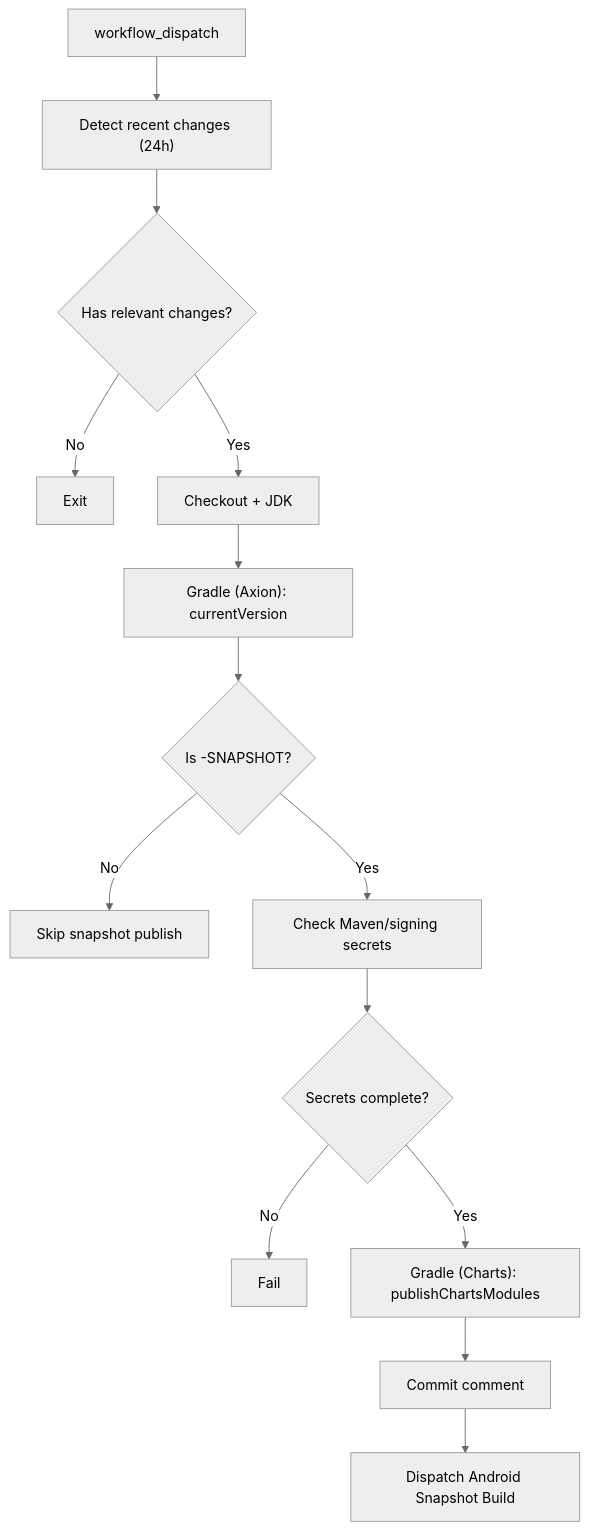
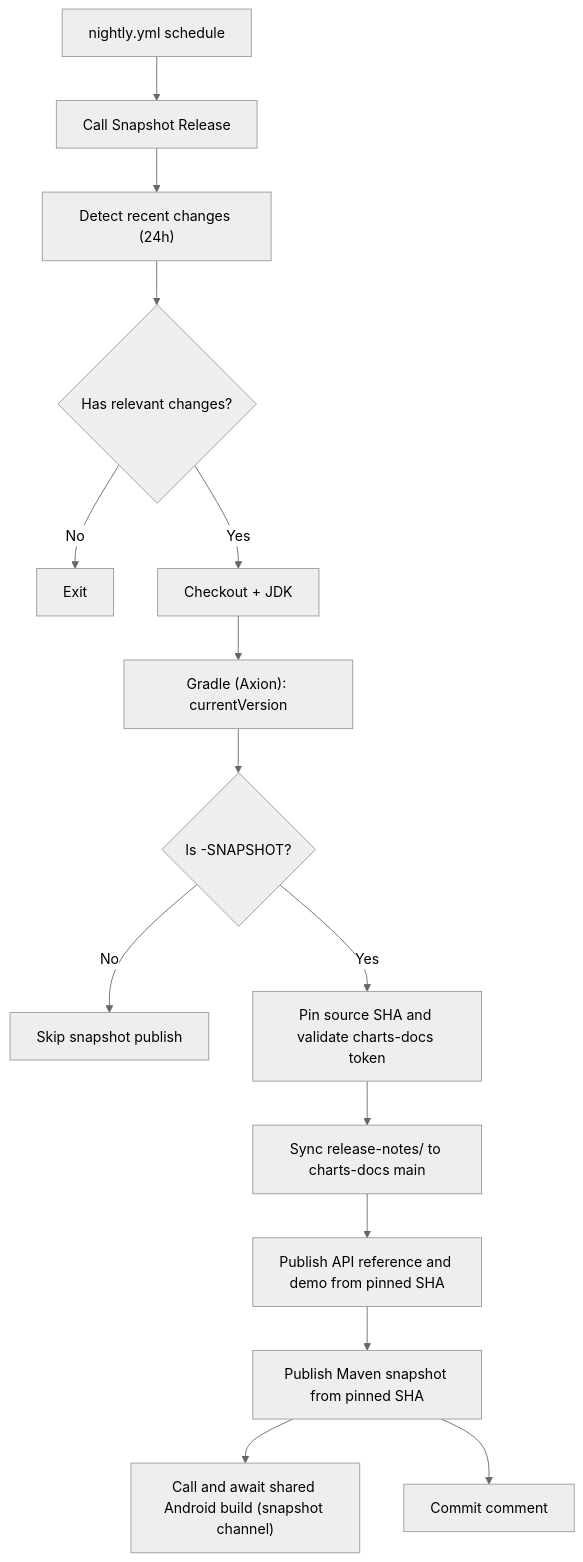
One commit to HDCharts/charts changed the diagram in docs/release/charts-snapshot.md. Above: the diagram before and after it, drawn with Mermaid (neutral theme). The commit also changed other lines of this file and 41 other files, not shown here.

Commit message:
chore: update charts release automation (#471)

````diff
--- a/docs/release/charts-snapshot.md
+++ b/docs/release/charts-snapshot.md
@@ -5,16 +5,17 @@
 ```mermaid
 flowchart TD
-  A["workflow_dispatch"] --> B["Detect recent changes (24h)"]
-  B --> C{"Has relevant changes?"}
-  C -- No --> CX["Exit"]
-  C -- Yes --> D["Checkout + JDK"]
-  D --> E["Gradle (Axion): currentVersion"]
-  E --> F{"Is -SNAPSHOT?"}
-  F -- No --> FX["Skip snapshot publish"]
-  F -- Yes --> G["Check Maven/signing secrets"]
-  G --> H{"Secrets complete?"}
-  H -- No --> HX["Fail"]
-  H -- Yes --> I["Gradle (Charts): publishChartsModules"]
-  I --> J["Commit comment"]
-  J --> K["Dispatch Android Snapshot Build"]
+  A["nightly.yml schedule"] --> B["Call Snapshot Release"]
+  B --> C["Detect recent changes (24h)"]
+  C --> D{"Has relevant changes?"}
+  D -- No --> DX["Exit"]
+  D -- Yes --> E["Checkout + JDK"]
+  E --> F["Gradle (Axion): currentVersion"]
+  F --> G{"Is -SNAPSHOT?"}
+  G -- No --> GX["Skip snapshot publish"]
+  G -- Yes --> H["Pin source SHA and validate charts-docs token"]
+  H --> I["Sync release-notes/<version> to charts-docs main"]
+  I --> J["Publish API reference and demo from pinned SHA"]
+  J --> K["Publish Maven snapshot from pinned SHA"]
+  K --> L["Call and await shared Android build (snapshot channel)"]
+  K --> M["Commit comment"]
 ```
````
